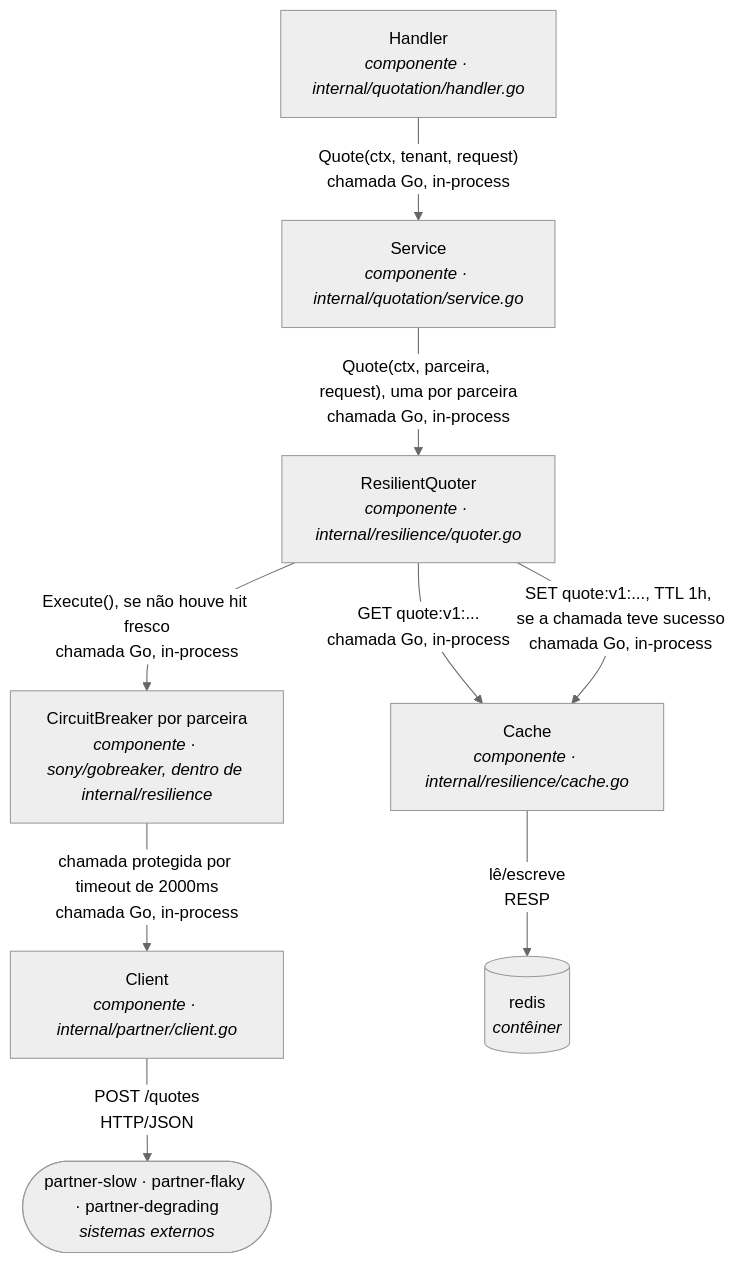
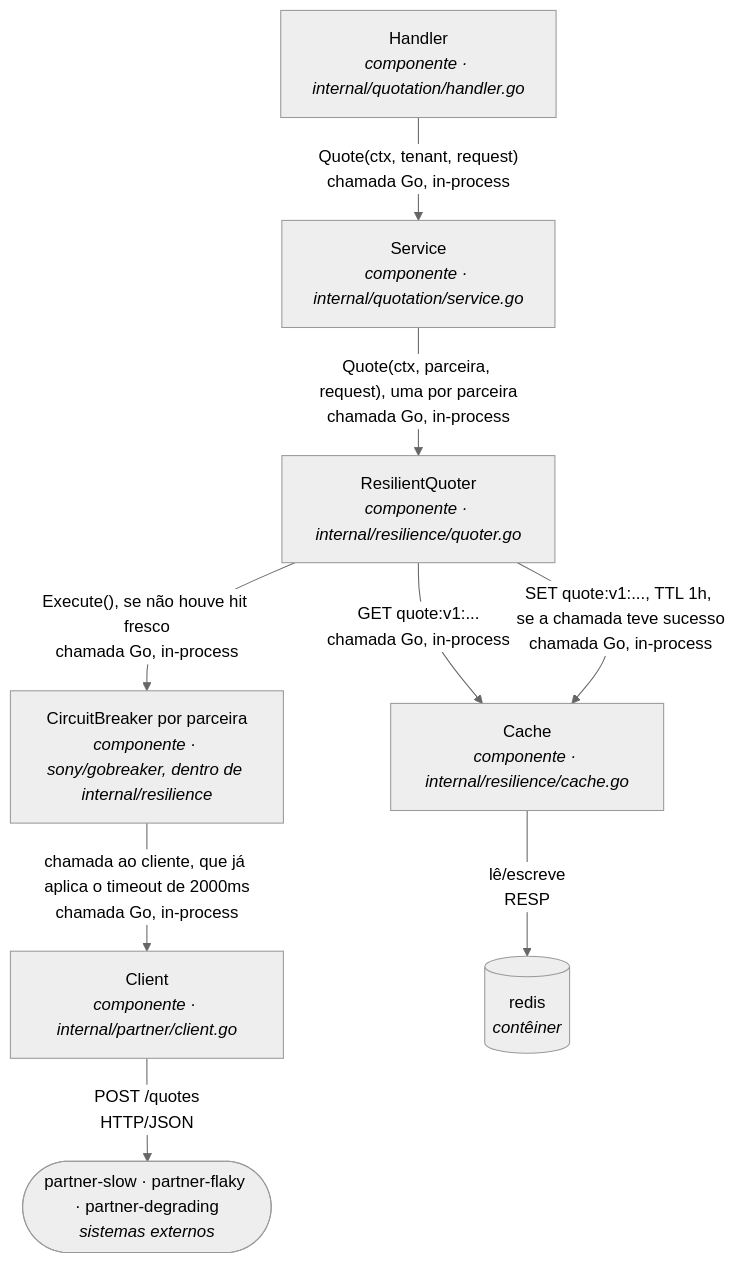
Before and after one commit to Gleuton/mba_arquitetura_desafio_cotacao_seguros: the fourth of 4 diagrams in docs/sad.md, drawn with Mermaid (neutral theme). The commit also changed other lines of this file and 4 other files, not shown here.

````diff
--- a/docs/sad.md
+++ b/docs/sad.md
@@ -408,20 +408,20 @@
 ```mermaid
 flowchart TB
   handler["Handler<br/><i>componente · internal/quotation/handler.go</i>"]
   service["Service<br/><i>componente · internal/quotation/service.go</i>"]
   resilient["ResilientQuoter<br/><i>componente · internal/resilience/quoter.go</i>"]
   breaker["CircuitBreaker por parceira<br/><i>componente · sony/gobreaker, dentro de internal/resilience</i>"]
   cache["Cache<br/><i>componente · internal/resilience/cache.go</i>"]
   client["Client<br/><i>componente · internal/partner/client.go</i>"]
   redis[("redis<br/><i>contêiner</i>")]
   partners(["partner-slow · partner-flaky · partner-degrading<br/><i>sistemas externos</i>"])
 
   handler -- "Quote(ctx, tenant, request)<br/>chamada Go, in-process" --> service
   service -- "Quote(ctx, parceira, request), uma por parceira<br/>chamada Go, in-process" --> resilient
   resilient -- "GET quote:v1:...<br/>chamada Go, in-process" --> cache
   cache -- "lê/escreve<br/>RESP" --> redis
   resilient -- "Execute(), se não houve hit fresco<br/>chamada Go, in-process" --> breaker
-  breaker -- "chamada protegida por timeout de 2000ms<br/>chamada Go, in-process" --> client
+  breaker -- "chamada ao cliente, que já aplica o timeout de 2000ms<br/>chamada Go, in-process" --> client
   client -- "POST /quotes<br/>HTTP/JSON" --> partners
   resilient -- "SET quote:v1:..., TTL 1h, se a chamada teve sucesso<br/>chamada Go, in-process" --> cache
 ```
````
